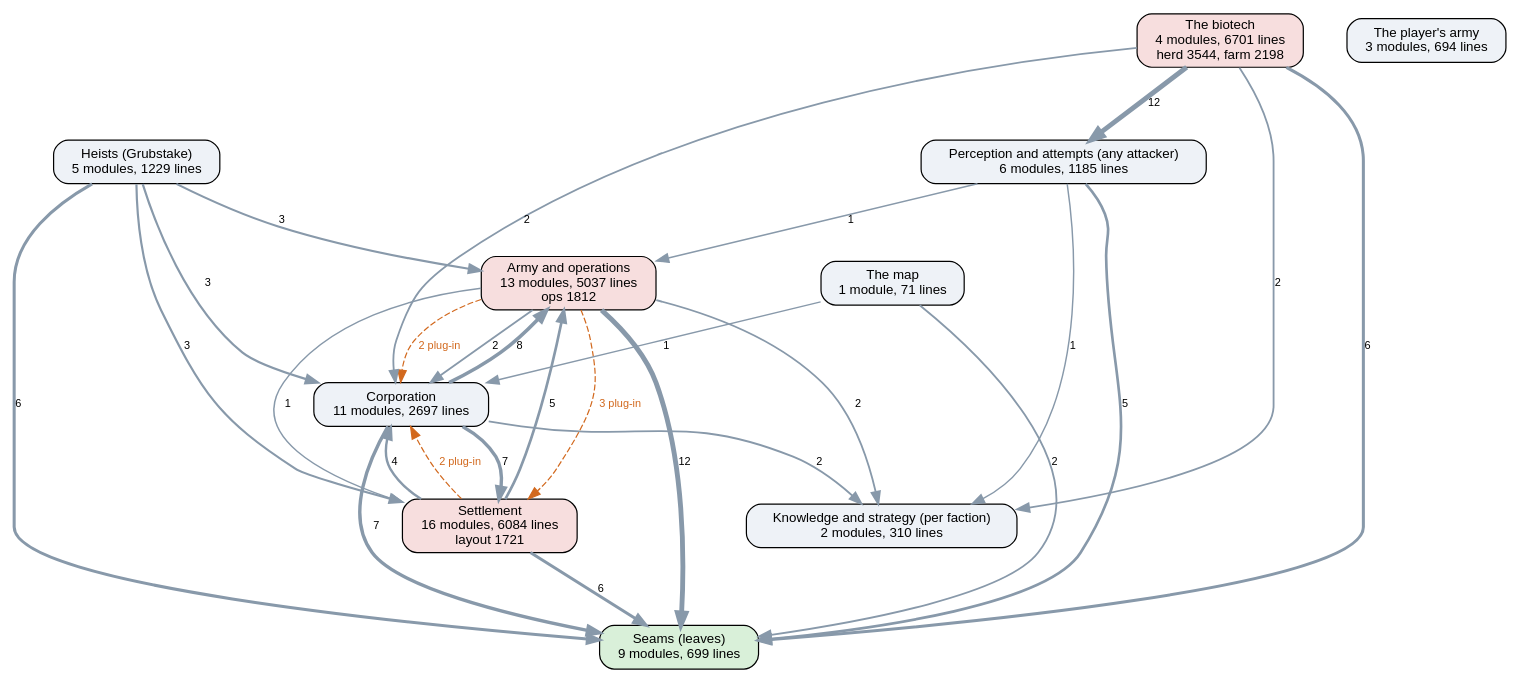
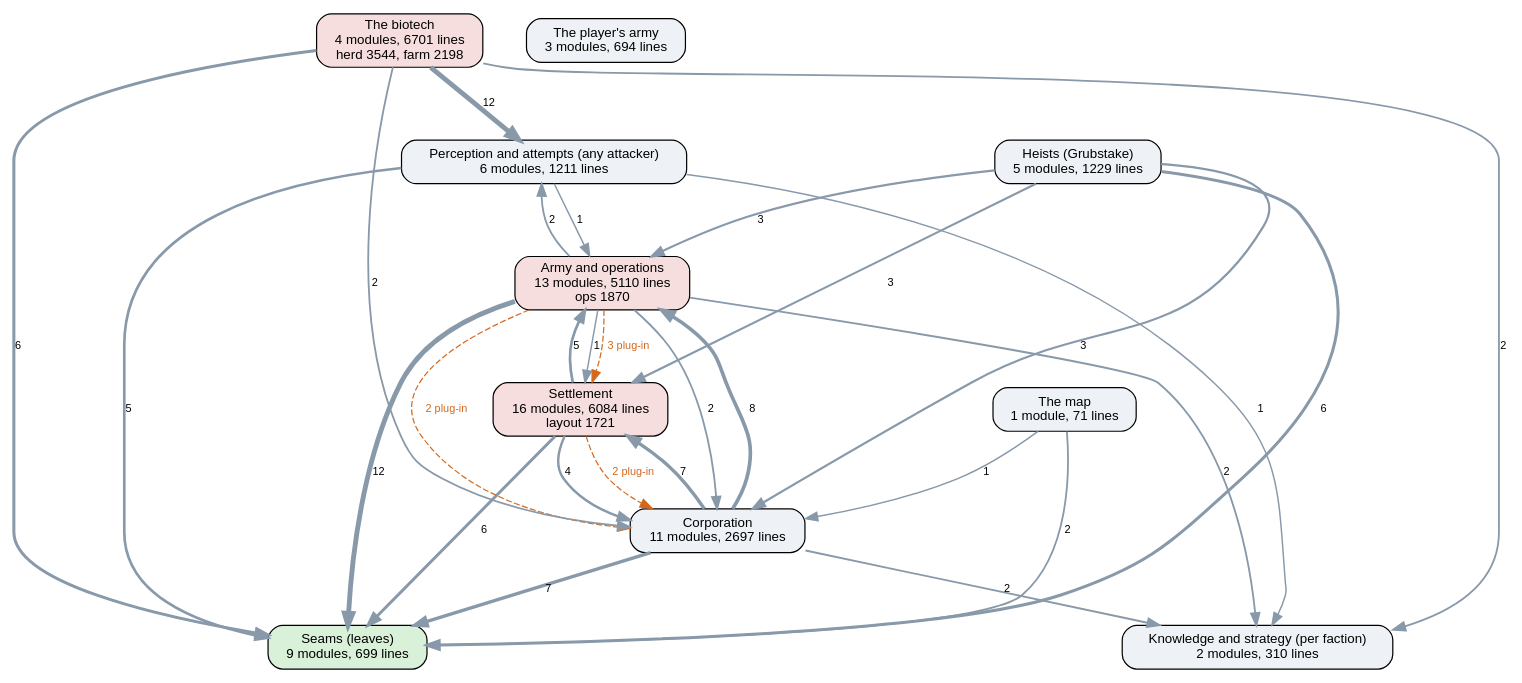
Before and after one commit to kinelhu/landing-party: the diagram in docs/ai-layers.dot, drawn with Graphviz. The commit also changed 14 other files, not shown here.

```diff
--- a/docs/ai-layers.dot
+++ b/docs/ai-layers.dot
@@ -1,42 +1,43 @@
 digraph layers {
   graph [rankdir=TB, fontname="Helvetica", nodesep=0.5, ranksep=0.7];
   node [shape=box, style="rounded,filled", fontname="Helvetica", fontsize=11, fillcolor="#eef2f7"];
   edge [color="#8899aa", fontname="Helvetica", fontsize=9];
   "Seams (leaves)" [label="Seams (leaves)\n9 modules, 699 lines", fillcolor="#d9f0d9"];
-  "Perception and attempts (any attacker)" [label="Perception and attempts (any attacker)\n6 modules, 1185 lines", fillcolor="#eef2f7"];
+  "Perception and attempts (any attacker)" [label="Perception and attempts (any attacker)\n6 modules, 1211 lines", fillcolor="#eef2f7"];
   "Knowledge and strategy (per faction)" [label="Knowledge and strategy (per faction)\n2 modules, 310 lines", fillcolor="#eef2f7"];
   "Corporation" [label="Corporation\n11 modules, 2697 lines", fillcolor="#eef2f7"];
   "Settlement" [label="Settlement\n16 modules, 6084 lines\nlayout 1721", fillcolor="#f7dede"];
-  "Army and operations" [label="Army and operations\n13 modules, 5037 lines\nops 1812", fillcolor="#f7dede"];
+  "Army and operations" [label="Army and operations\n13 modules, 5110 lines\nops 1870", fillcolor="#f7dede"];
   "Heists (Grubstake)" [label="Heists (Grubstake)\n5 modules, 1229 lines", fillcolor="#eef2f7"];
   "The biotech" [label="The biotech\n4 modules, 6701 lines\nherd 3544, farm 2198", fillcolor="#f7dede"];
   "The map" [label="The map\n1 module, 71 lines", fillcolor="#eef2f7"];
   "The player's army" [label="The player's army\n3 modules, 694 lines", fillcolor="#eef2f7"];
   "Army and operations" -> "Corporation" [label="2", penwidth=1.5];
   "Army and operations" -> "Knowledge and strategy (per faction)" [label="2", penwidth=1.5];
+  "Army and operations" -> "Perception and attempts (any attacker)" [label="2", penwidth=1.5];
   "Army and operations" -> "Seams (leaves)" [label="12", penwidth=4.0];
   "Army and operations" -> "Settlement" [label="1", penwidth=1.2];
   "Corporation" -> "Army and operations" [label="8", penwidth=3.0];
   "Corporation" -> "Knowledge and strategy (per faction)" [label="2", penwidth=1.5];
   "Corporation" -> "Seams (leaves)" [label="7", penwidth=2.8];
   "Corporation" -> "Settlement" [label="7", penwidth=2.8];
   "Heists (Grubstake)" -> "Army and operations" [label="3", penwidth=1.8];
   "Heists (Grubstake)" -> "Corporation" [label="3", penwidth=1.8];
   "Heists (Grubstake)" -> "Seams (leaves)" [label="6", penwidth=2.5];
   "Heists (Grubstake)" -> "Settlement" [label="3", penwidth=1.8];
   "Perception and attempts (any attacker)" -> "Army and operations" [label="1", penwidth=1.2];
   "Perception and attempts (any attacker)" -> "Knowledge and strategy (per faction)" [label="1", penwidth=1.2];
   "Perception and attempts (any attacker)" -> "Seams (leaves)" [label="5", penwidth=2.2];
   "Settlement" -> "Army and operations" [label="5", penwidth=2.2];
   "Settlement" -> "Corporation" [label="4", penwidth=2.0];
   "Settlement" -> "Seams (leaves)" [label="6", penwidth=2.5];
   "The biotech" -> "Corporation" [label="2", penwidth=1.5];
   "The biotech" -> "Knowledge and strategy (per faction)" [label="2", penwidth=1.5];
   "The biotech" -> "Perception and attempts (any attacker)" [label="12", penwidth=4.0];
   "The biotech" -> "Seams (leaves)" [label="6", penwidth=2.5];
   "The map" -> "Corporation" [label="1", penwidth=1.2];
   "The map" -> "Seams (leaves)" [label="2", penwidth=1.5];
   "Army and operations" -> "Corporation" [style=dashed, color="#d2691e", fontcolor="#d2691e", label="2 plug-in"];
   "Army and operations" -> "Settlement" [style=dashed, color="#d2691e", fontcolor="#d2691e", label="3 plug-in"];
   "Settlement" -> "Corporation" [style=dashed, color="#d2691e", fontcolor="#d2691e", label="2 plug-in"];
 }
```
